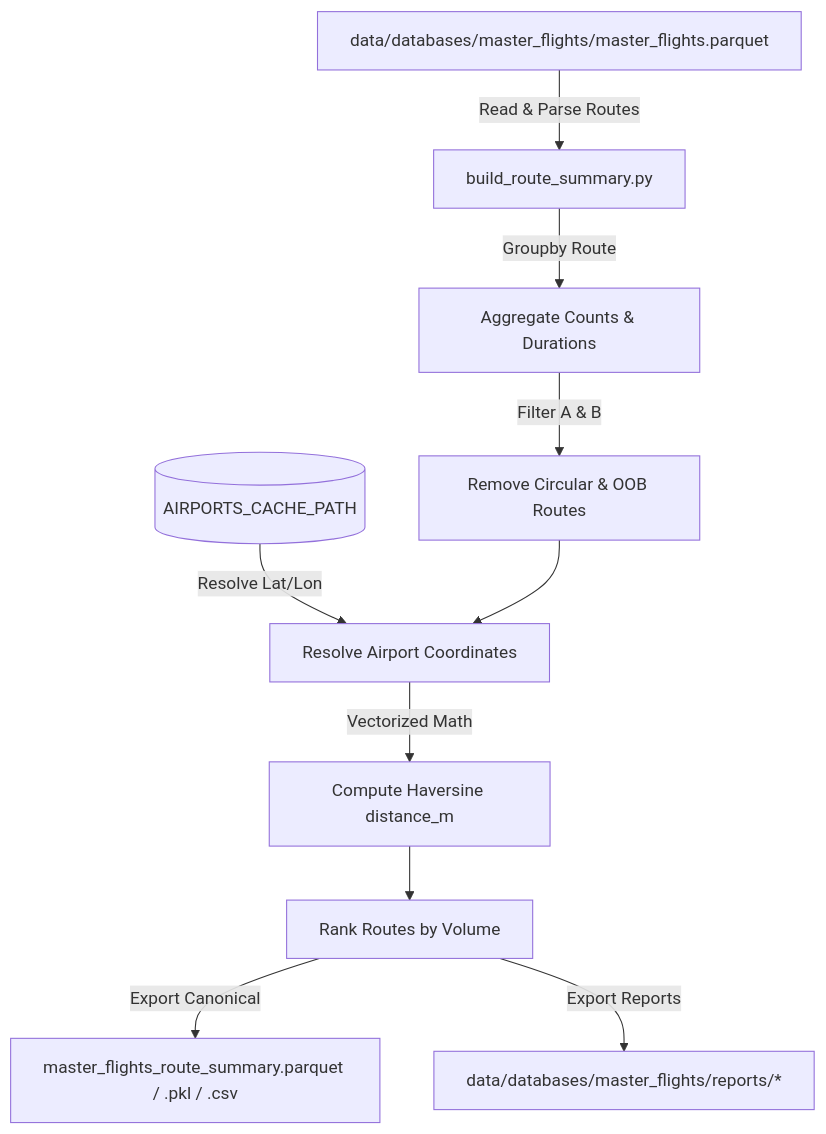
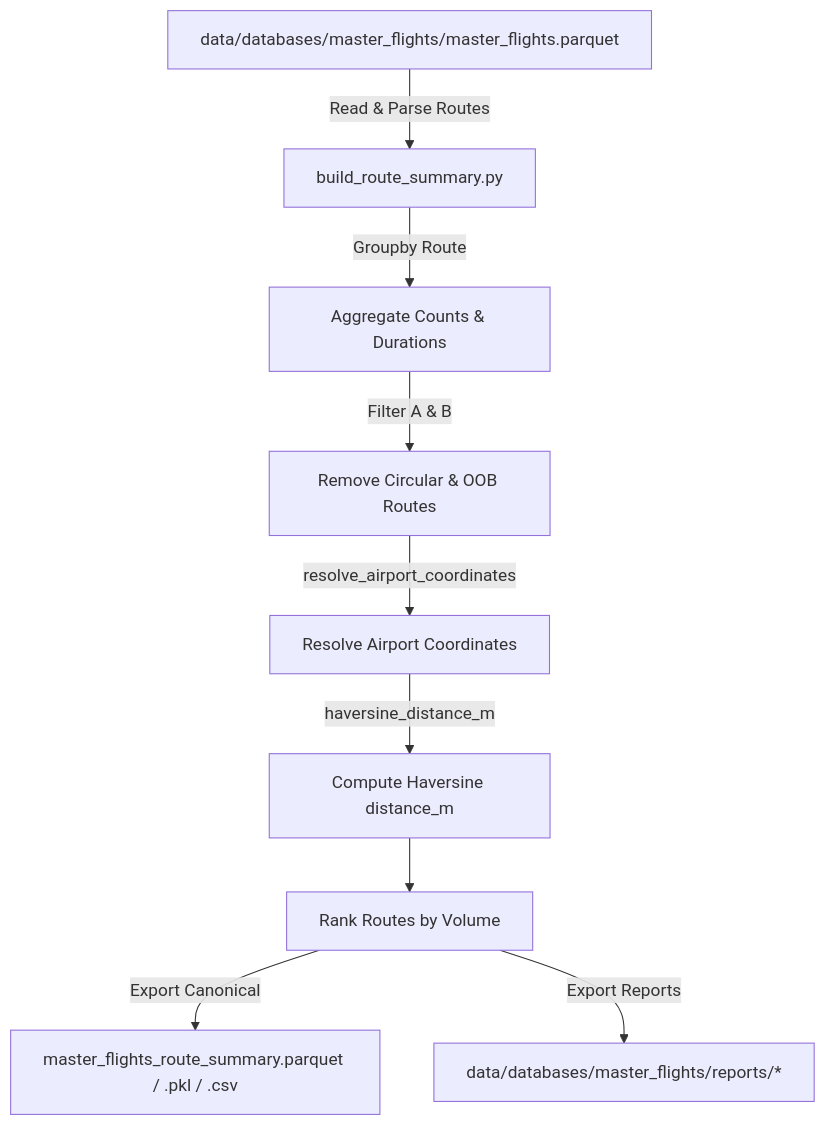
One commit to Bauzement123/flight-physics-pipeline changed the second of 2 diagrams in src/core/acquisition/README.md. Above: the diagram before and after it, drawn with Mermaid. The commit also changed other lines of this file and 16 other files, not shown here.

````diff
--- a/src/core/acquisition/README.md
+++ b/src/core/acquisition/README.md
@@ -131,12 +136,11 @@
 ```mermaid
 graph TD
     InParquet[data/databases/master_flights/master_flights.parquet] -->|Read & Parse Routes| B[build_route_summary.py]
     B -->|Groupby Route| Agg[Aggregate Counts & Durations]
     Agg -->|Filter A & B| Filt[Remove Circular & OOB Routes]
-    Cache[(AIRPORTS_CACHE_PATH)] -->|Resolve Lat/Lon| Coord[Resolve Airport Coordinates]
-    Coord -->|Vectorized Math| Dist[Compute Haversine distance_m]
-    Filt --> Coord
+    Filt -->|resolve_airport_coordinates| Coord[Resolve Airport Coordinates]
+    Coord -->|haversine_distance_m| Dist[Compute Haversine distance_m]
     Dist --> Rank[Rank Routes by Volume]
     Rank -->|Export Canonical| OutCanon[master_flights_route_summary.parquet / .pkl / .csv]
     Rank -->|Export Reports| OutRep[data/databases/master_flights/reports/*]
 ```
````
